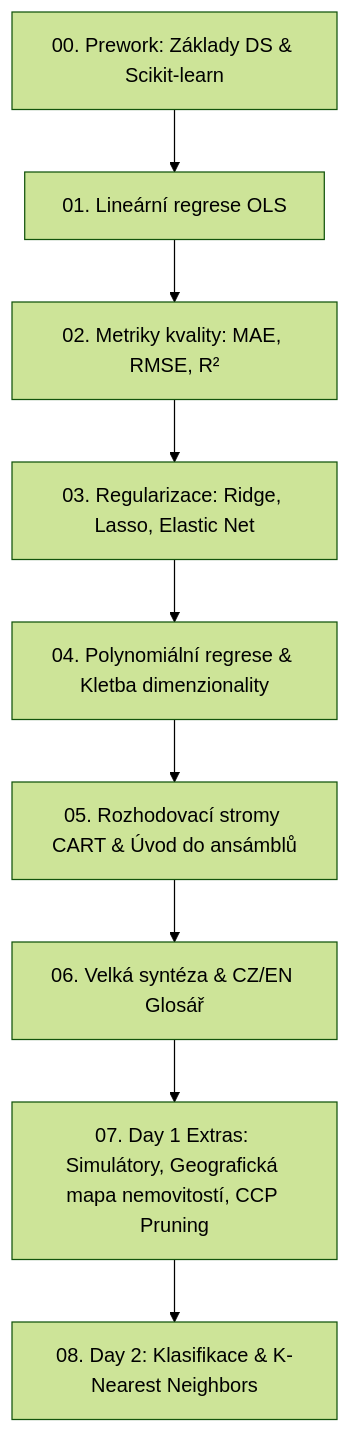
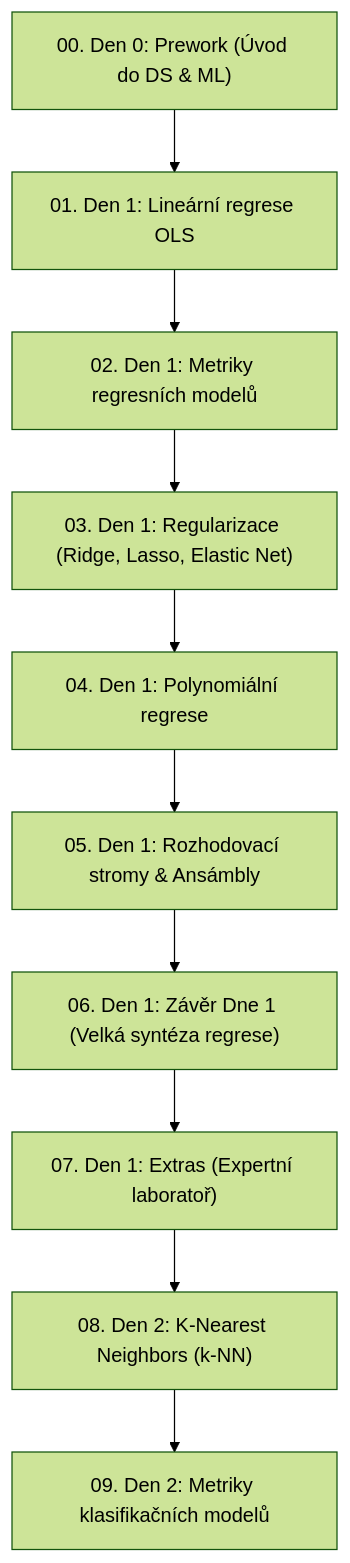
Before and after one commit to Kilitar/Coderslab-DataScience: the diagram in README.md, drawn with Mermaid (forest theme). The commit also changed 2 other files, not shown here.

Commit message:
refactor(navigation): unify sidebar navigation groups with consistent Den 0, Den 1, Den 2 nomenclature

````diff
--- a/README.md
+++ b/README.md
@@ -39,11 +39,12 @@
 ```mermaid
 flowchart TD
-    A[00. Prework: Základy DS & Scikit-learn] --> B[01. Lineární regrese OLS]
-    B --> C[02. Metriky kvality: MAE, RMSE, R²]
-    C --> D[03. Regularizace: Ridge, Lasso, Elastic Net]
-    D --> E[04. Polynomiální regrese & Kletba dimenzionality]
-    E --> F[05. Rozhodovací stromy CART & Úvod do ansámblů]
-    F --> G[06. Velká syntéza & CZ/EN Glosář]
-    G --> H[07. Day 1 Extras: Simulátory, Geografická mapa nemovitostí, CCP Pruning]
-    H --> I[08. Day 2: Klasifikace & K-Nearest Neighbors]
+    A["00. Den 0: Prework (Úvod do DS & ML)"] --> B["01. Den 1: Lineární regrese OLS"]
+    B --> C["02. Den 1: Metriky regresních modelů"]
+    C --> D["03. Den 1: Regularizace (Ridge, Lasso, Elastic Net)"]
+    D --> E["04. Den 1: Polynomiální regrese"]
+    E --> F["05. Den 1: Rozhodovací stromy & Ansámbly"]
+    F --> G["06. Den 1: Závěr Dne 1 (Velká syntéza regrese)"]
+    G --> H["07. Den 1: Extras (Expertní laboratoř)"]
+    H --> I["08. Den 2: K-Nearest Neighbors (k-NN)"]
+    I --> J["09. Den 2: Metriky klasifikačních modelů"]
 ```
````
